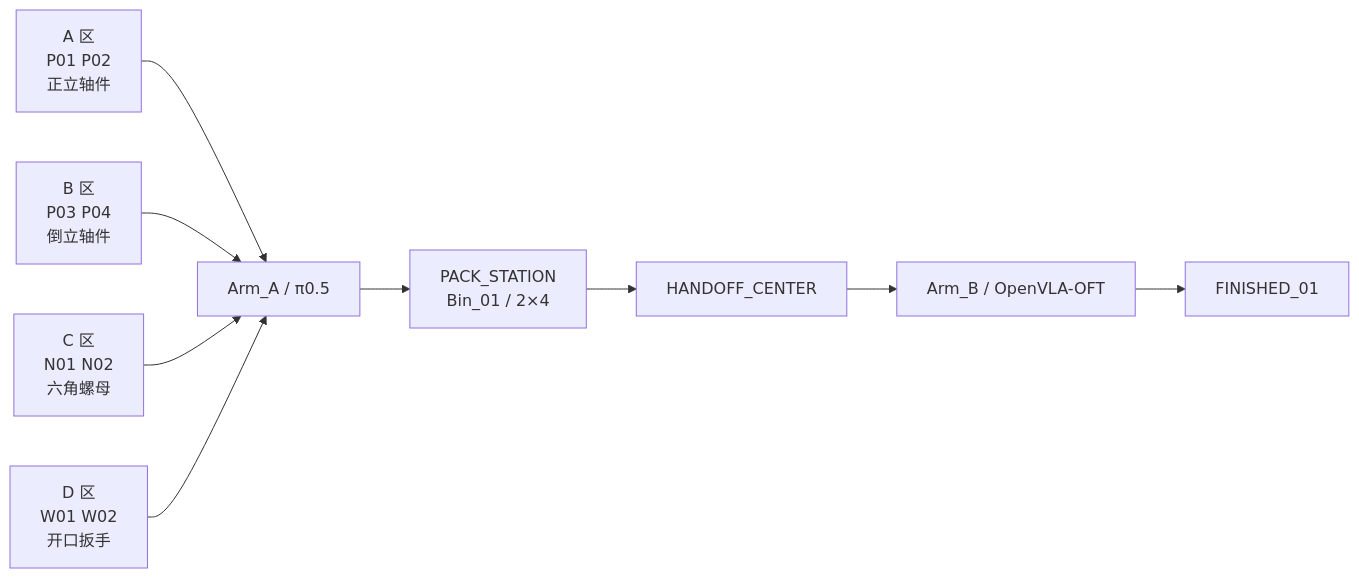
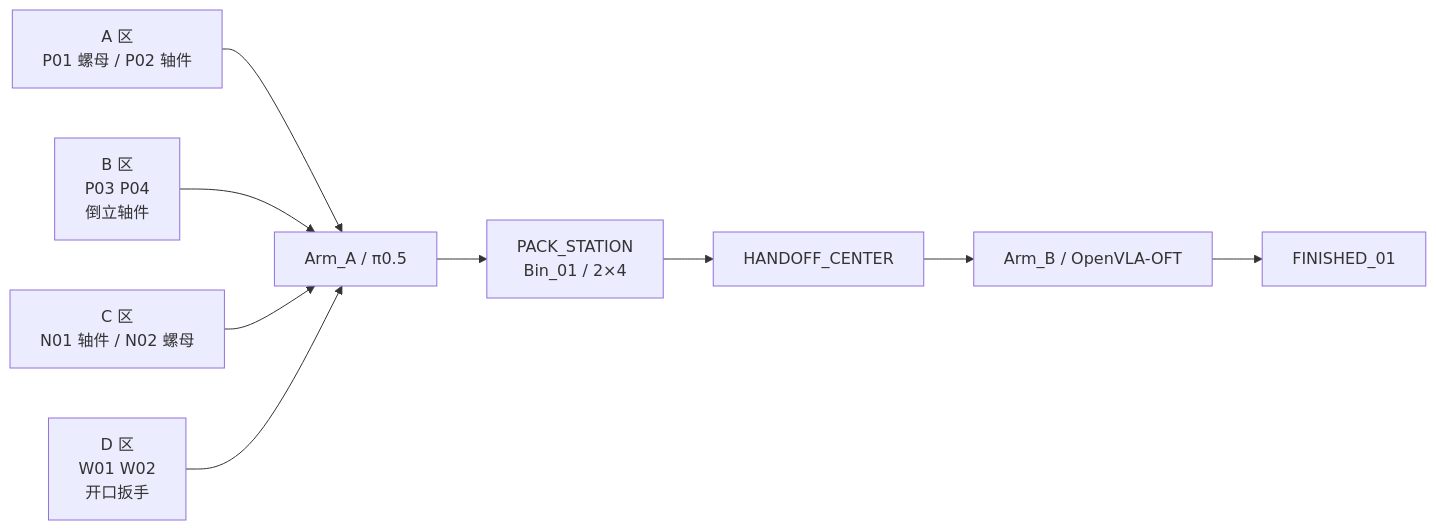
Before and after one commit to RUIJIAN-HUANG/industrial-agent-vla: the diagram in docs/architecture/single-bin-static-handoff-scene-v2.md, drawn with Mermaid. The commit also changed other lines of this file and 55 other files, not shown here.

````diff
--- a/docs/architecture/single-bin-static-handoff-scene-v2.md
+++ b/docs/architecture/single-bin-static-handoff-scene-v2.md
@@ -30,18 +30,18 @@
 ```mermaid
 flowchart LR
-    A["A 区<br/>P01 P02<br/>正立轴件"]
+    A["A 区<br/>P01 螺母 / P02 轴件"]
     B["B 区<br/>P03 P04<br/>倒立轴件"]
-    C["C 区<br/>N01 N02<br/>六角螺母"]
+    C["C 区<br/>N01 轴件 / N02 螺母"]
     D["D 区<br/>W01 W02<br/>开口扳手"]
     PA["PACK_STATION<br/>Bin_01 / 2×4"]
     H["HANDOFF_CENTER"]
     F["FINISHED_01"]
     AA["Arm_A / π0.5"]
     AB["Arm_B / OpenVLA-OFT"]
 
     A --> AA
     B --> AA
     C --> AA
     D --> AA
     AA --> PA --> H --> AB --> F
 ```
````
